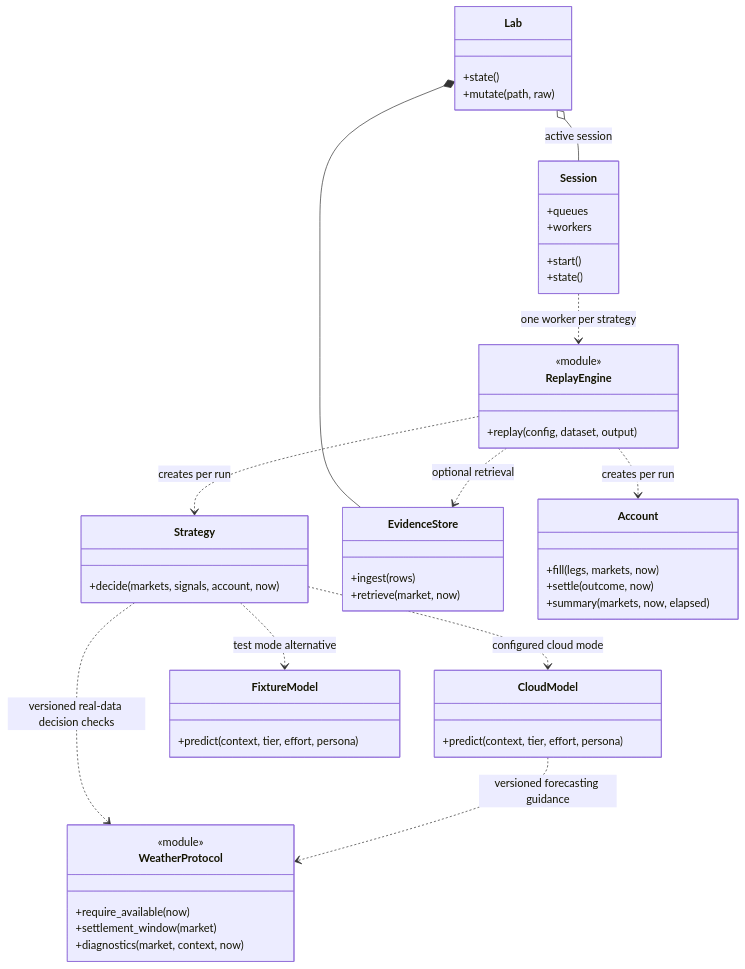
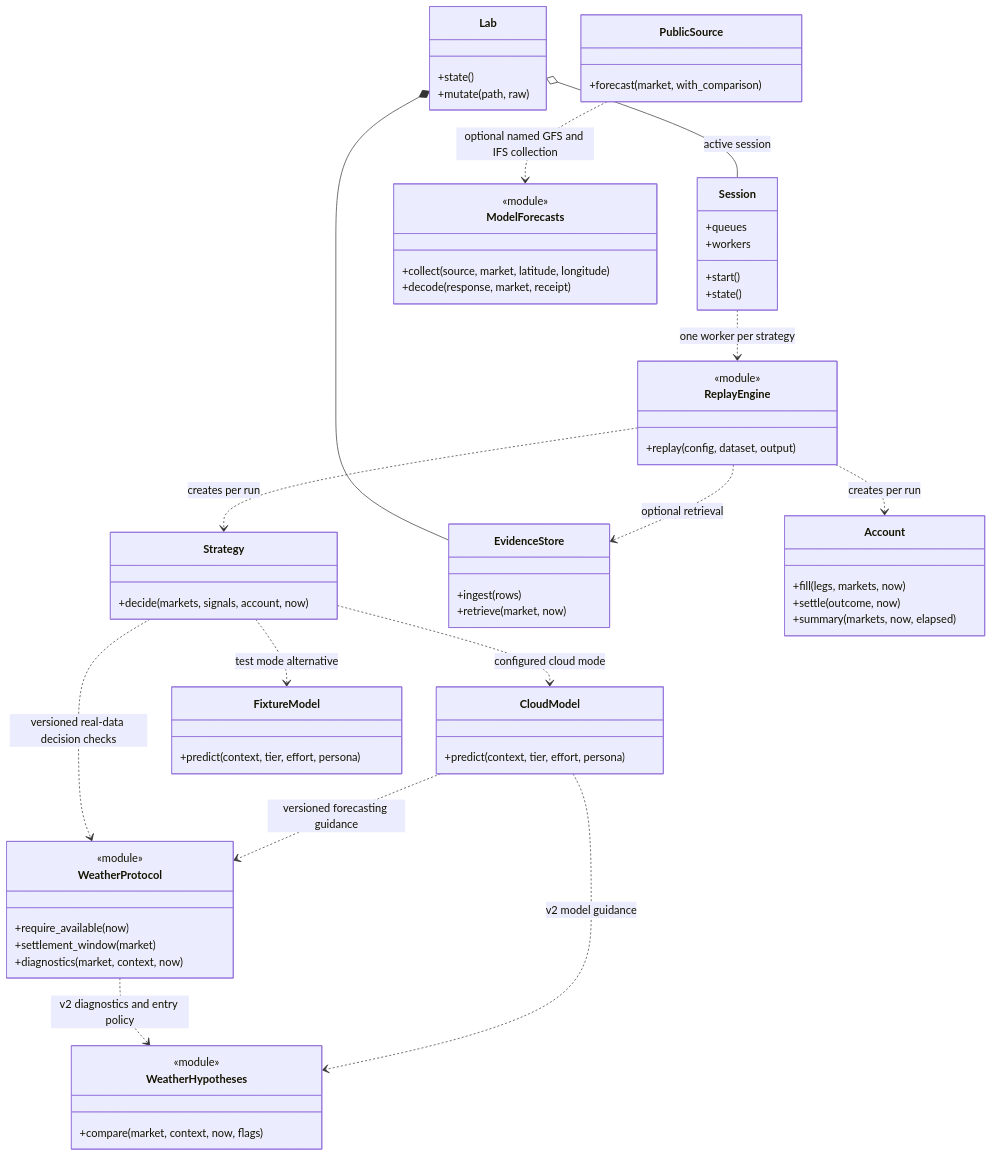
One commit to burdena0/weather-lab-polymarket-us changed the fifth of 8 diagrams in docs/ARCHITECTURE-UML.md. Above: the diagram before and after it, drawn with Mermaid. The commit also changed other lines of this file and 35 other files, not shown here.

Commit message:
Add prospective GFS/IFS hypotheses and isolated paper ablations

````diff
--- a/docs/ARCHITECTURE-UML.md
+++ b/docs/ARCHITECTURE-UML.md
@@ -235,51 +257,66 @@
 ```mermaid
 classDiagram
     class Lab {
         +state()
         +mutate(path, raw)
     }
     class Session {
         +start()
         +state()
         +queues
         +workers
     }
     class ReplayEngine {
         <<module>>
         +replay(config, dataset, output)
     }
     class Strategy {
         +decide(markets, signals, account, now)
     }
     class WeatherProtocol {
         <<module>>
         +require_available(now)
         +settlement_window(market)
         +diagnostics(market, context, now)
     }
+    class WeatherHypotheses {
+        <<module>>
+        +compare(market, context, now, flags)
+    }
+    class ModelForecasts {
+        <<module>>
+        +collect(source, market, latitude, longitude)
+        +decode(response, market, receipt)
+    }
+    class PublicSource {
+        +forecast(market, with_comparison)
+    }
     class EvidenceStore {
         +ingest(rows)
         +retrieve(market, now)
     }
     class Account {
         +fill(legs, markets, now)
         +settle(outcome, now)
         +summary(markets, now, elapsed)
     }
     class CloudModel {
         +predict(context, tier, effort, persona)
     }
     class FixtureModel {
         +predict(context, tier, effort, persona)
     }
     Lab *-- EvidenceStore
     Lab o-- Session : active session
     Session ..> ReplayEngine : one worker per strategy
     ReplayEngine ..> Strategy : creates per run
     ReplayEngine ..> Account : creates per run
     ReplayEngine ..> EvidenceStore : optional retrieval
     Strategy ..> WeatherProtocol : versioned real-data decision checks
     CloudModel ..> WeatherProtocol : versioned forecasting guidance
+    WeatherProtocol ..> WeatherHypotheses : v2 diagnostics and entry policy
+    PublicSource ..> ModelForecasts : optional named GFS and IFS collection
+    CloudModel ..> WeatherHypotheses : v2 model guidance
     Strategy ..> CloudModel : configured cloud mode
     Strategy ..> FixtureModel : test mode alternative
 ```
````
